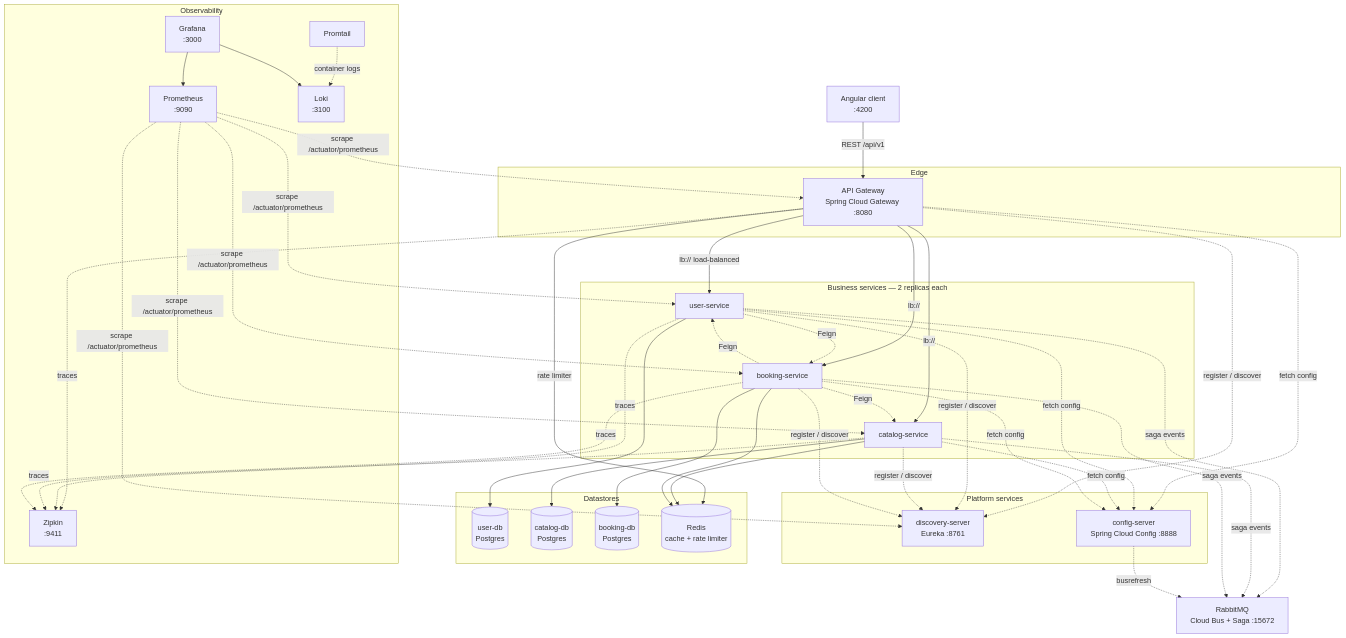
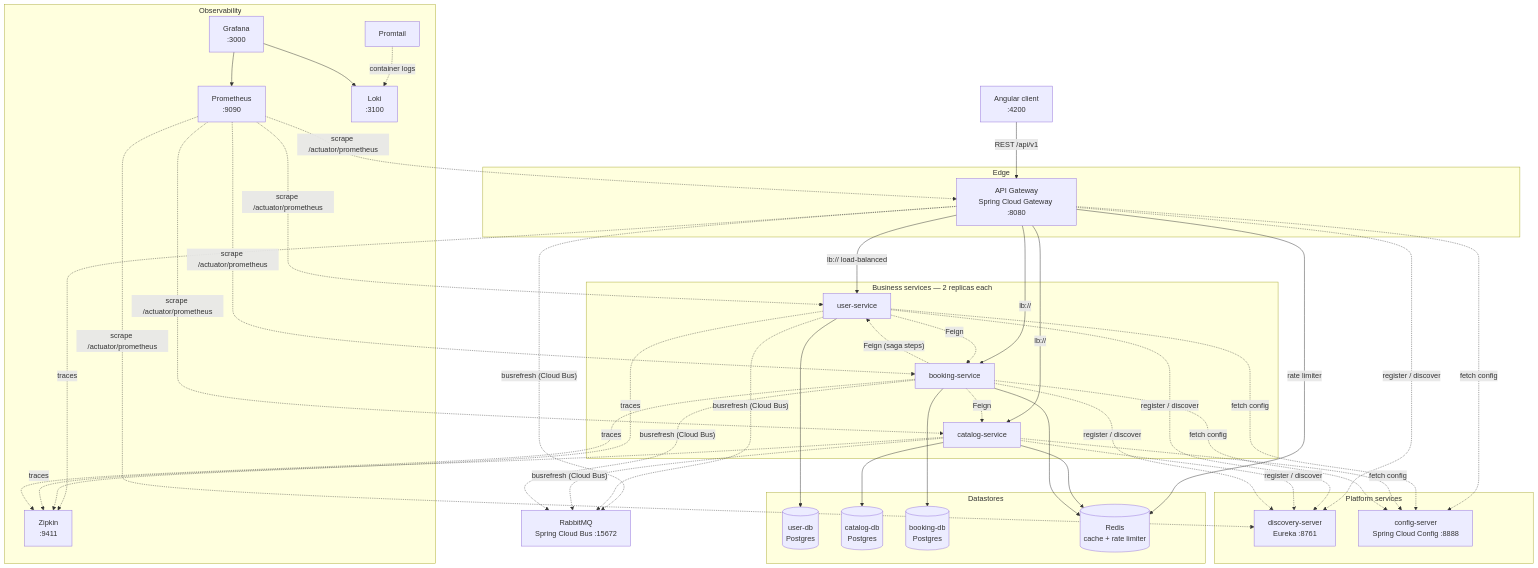
Before and after one commit to RaduADumitru/Web-Applications--Cinema-Booking-Management-Platform: the diagram in README.md, drawn with Mermaid. The commit also changed other lines of this file, not shown here.

Commit message:
Correct mermaid diagram

````diff
--- a/README.md
+++ b/README.md
@@ -44,70 +44,69 @@
 ```mermaid
 flowchart TB
     client["Angular client<br/>:4200"]
 
     subgraph edge ["Edge"]
         gateway["API Gateway<br/>Spring Cloud Gateway :8080"]
     end
 
     subgraph platform ["Platform services"]
         discovery["discovery-server<br/>Eureka :8761"]
         config["config-server<br/>Spring Cloud Config :8888"]
     end
 
     subgraph business ["Business services — 2 replicas each"]
         user["user-service"]
         catalog["catalog-service"]
         booking["booking-service"]
     end
 
     subgraph data ["Datastores"]
         userdb[("user-db<br/>Postgres")]
         catalogdb[("catalog-db<br/>Postgres")]
         bookingdb[("booking-db<br/>Postgres")]
         redis[("Redis<br/>cache + rate limiter")]
     end
 
-    rabbit["RabbitMQ<br/>Cloud Bus + Saga :15672"]
+    rabbit["RabbitMQ<br/>Spring Cloud Bus :15672"]
 
     subgraph observability ["Observability"]
         prometheus["Prometheus<br/>:9090"]
         grafana["Grafana<br/>:3000"]
         loki["Loki<br/>:3100"]
         promtail["Promtail"]
         zipkin["Zipkin<br/>:9411"]
     end
 
     %% request path
     client -->|REST /api/v1| gateway
     gateway -->|lb:// load-balanced| user
     gateway -->|lb://| catalog
     gateway -->|lb://| booking
     gateway -->|rate limiter| redis
 
     %% per-service data ownership
     user --> userdb
     catalog --> catalogdb
     booking --> bookingdb
     catalog --> redis
     booking --> redis
 
-    %% inter-service Feign (/internal/**)
+    %% inter-service Feign (/internal/** + synchronous saga steps)
     user -. Feign .-> booking
     booking -. Feign .-> catalog
-    booking -. Feign .-> user
+    booking -. "Feign (saga steps)" .-> user
 
     %% discovery + config
     gateway & user & catalog & booking -. register / discover .-> discovery
     gateway & user & catalog & booking -. fetch config .-> config
 
-    %% messaging: saga events + config bus refresh
-    user & catalog & booking -. saga events .-> rabbit
-    config -. busrefresh .-> rabbit
+    %% config hot-reload over Spring Cloud Bus
+    gateway & user & catalog & booking -. busrefresh (Cloud Bus) .-> rabbit
 
     %% observability
     gateway & user & catalog & booking -. traces .-> zipkin
     prometheus -. scrape /actuator/prometheus .-> gateway & user & catalog & booking & discovery
     promtail -. container logs .-> loki
     grafana --> prometheus
     grafana --> loki
 ```
````
